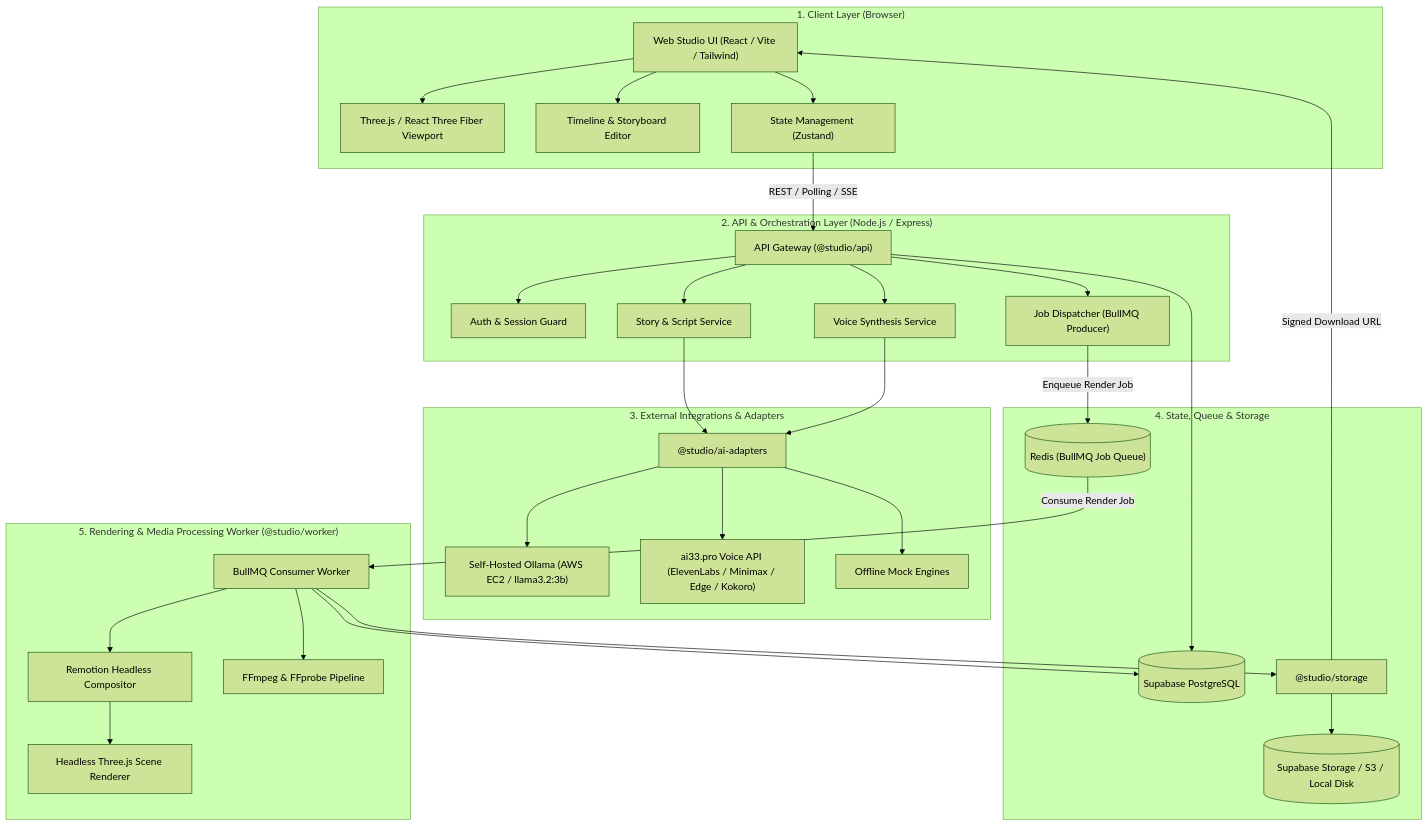
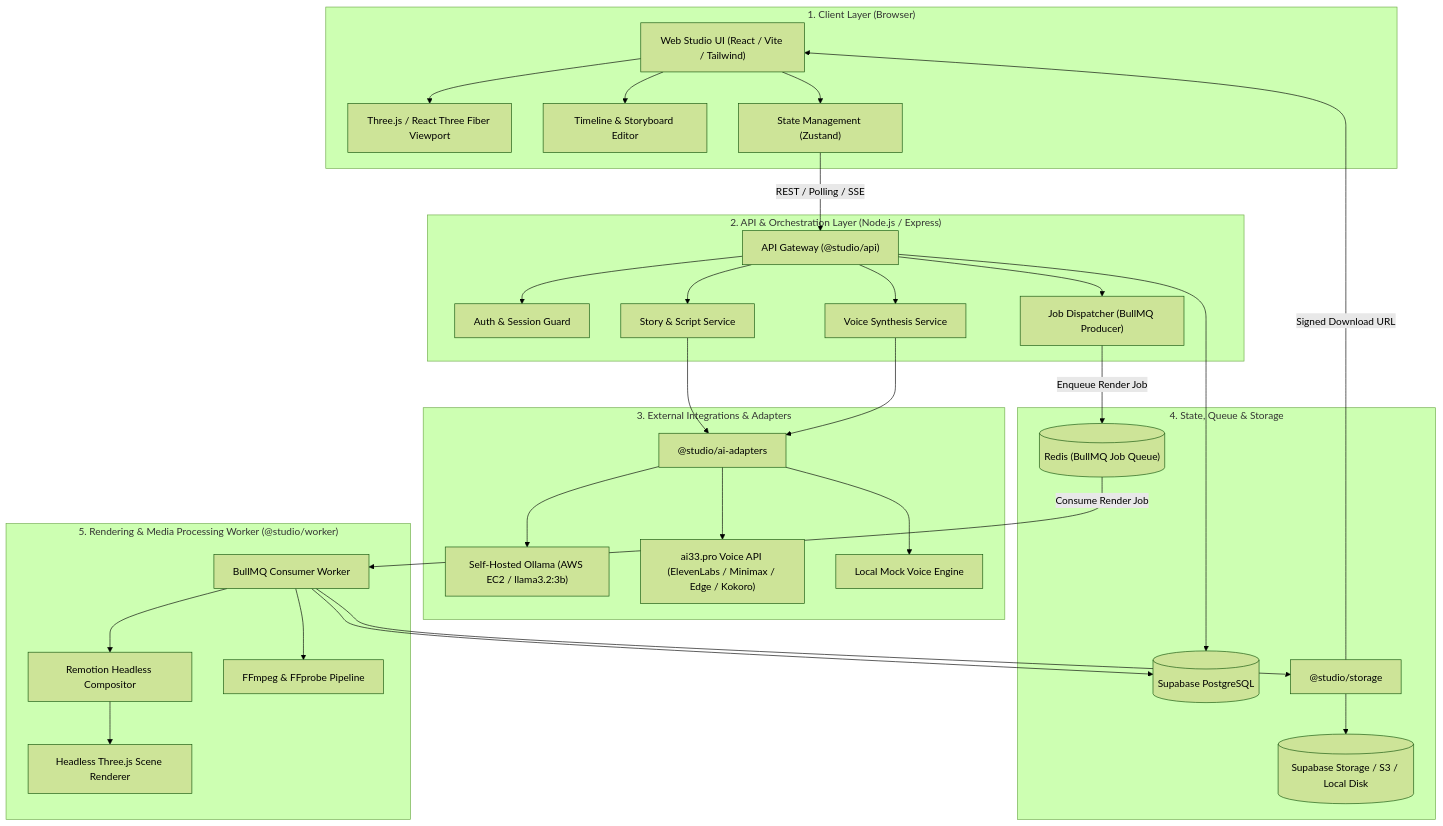
Before and after one commit to attunedigitals-source/3d-animated-shorts-studio: the first of 2 diagrams in docs/ARCHITECTURE.md, drawn with Mermaid (forest theme). The commit also changed other lines of this file and 25 other files, not shown here.

Commit message:
feat(ai): remove OpenAI, Anthropic, and Mock AI providers; enforce exclusive AWS Ollama architecture

````diff
--- a/docs/ARCHITECTURE.md
+++ b/docs/ARCHITECTURE.md
@@ -18,63 +18,63 @@
 ```mermaid
 flowchart TD
     subgraph ClientLayer ["1. Client Layer (Browser)"]
         UI["Web Studio UI (React / Vite / Tailwind)"]
         R3F["Three.js / React Three Fiber Viewport"]
         Timeline["Timeline & Storyboard Editor"]
         State["State Management (Zustand)"]
         UI --> R3F
         UI --> Timeline
         UI --> State
     end
 
     subgraph ApiLayer ["2. API & Orchestration Layer (Node.js / Express)"]
         ApiServer["API Gateway (@studio/api)"]
         AuthGuard["Auth & Session Guard"]
         StoryService["Story & Script Service"]
         VoiceService["Voice Synthesis Service"]
         JobDispatcher["Job Dispatcher (BullMQ Producer)"]
         ApiServer --> AuthGuard
         ApiServer --> StoryService
         ApiServer --> VoiceService
         ApiServer --> JobDispatcher
     end
 
     subgraph ServiceIntegrations ["3. External Integrations & Adapters"]
         AIAdapters["@studio/ai-adapters"]
         OllamaLLM["Self-Hosted Ollama (AWS EC2 / llama3.2:3b)"]
         AI33Voice["ai33.pro Voice API (ElevenLabs / Minimax / Edge / Kokoro)"]
-        MockEngines["Offline Mock Engines"]
+        MockVoice["Local Mock Voice Engine"]
         AIAdapters --> OllamaLLM
         AIAdapters --> AI33Voice
-        AIAdapters --> MockEngines
+        AIAdapters --> MockVoice
     end
 
     subgraph DataQueueLayer ["4. State, Queue & Storage"]
         SupabaseDB[("Supabase PostgreSQL")]
         RedisQueue[("Redis (BullMQ Job Queue)")]
         StorageAdapter["@studio/storage"]
         ObjectStore[("Supabase Storage / S3 / Local Disk")]
         StorageAdapter --> ObjectStore
     end
 
     subgraph WorkerLayer ["5. Rendering & Media Processing Worker (@studio/worker)"]
         BullMQWorker["BullMQ Consumer Worker"]
         RemotionBundle["Remotion Headless Compositor"]
         Headless3D["Headless Three.js Scene Renderer"]
         FFmpegProc["FFmpeg & FFprobe Pipeline"]
         BullMQWorker --> RemotionBundle
         RemotionBundle --> Headless3D
         BullMQWorker --> FFmpegProc
     end
 
     %% Interactions
     State -- "REST / Polling / SSE" --> ApiServer
     StoryService --> AIAdapters
     VoiceService --> AIAdapters
     ApiServer --> SupabaseDB
     JobDispatcher -- "Enqueue Render Job" --> RedisQueue
     RedisQueue -- "Consume Render Job" --> BullMQWorker
     BullMQWorker --> SupabaseDB
     BullMQWorker --> StorageAdapter
     StorageAdapter -- "Signed Download URL" --> UI
 ```
````
